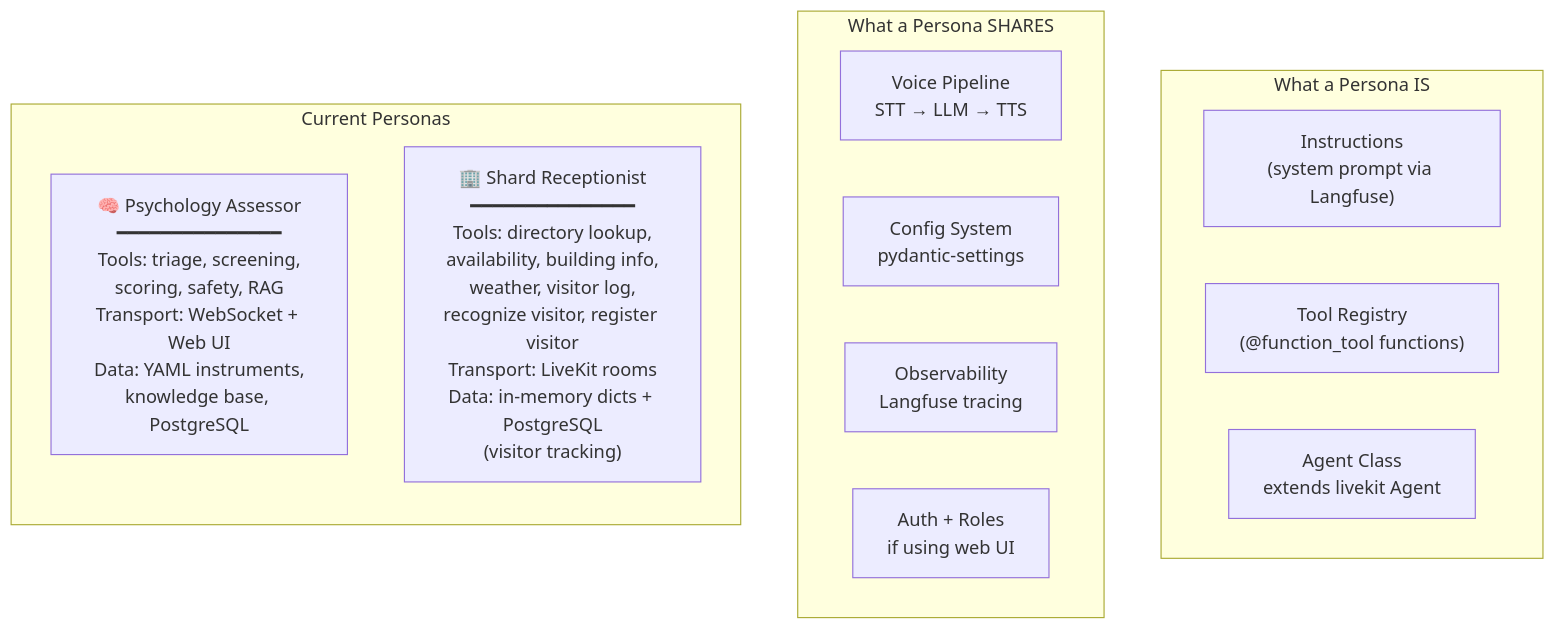
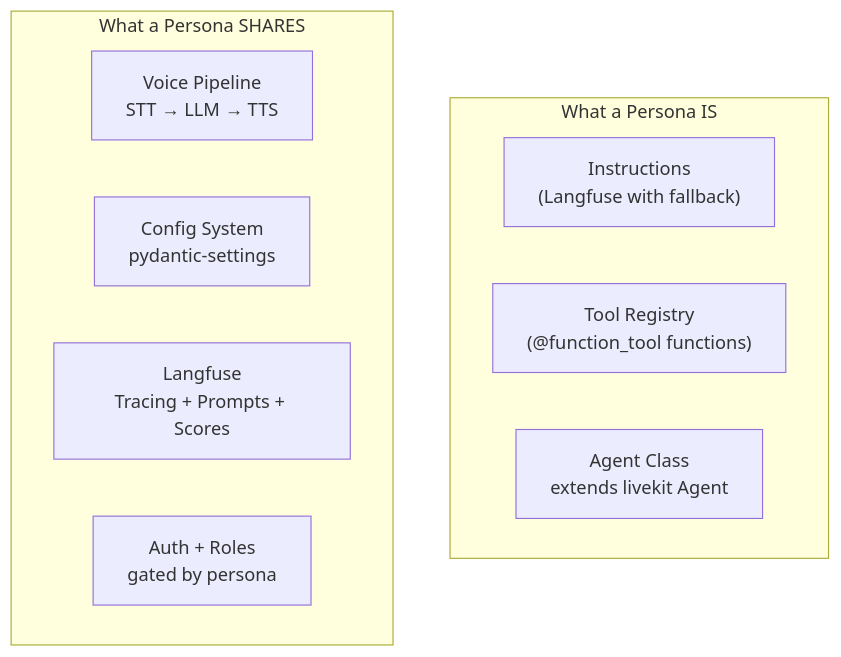
One commit to bodharma/talker changed the second of 8 diagrams in docs/architecture.md. Above: the diagram before and after it, drawn with Mermaid. The commit also changed other lines of this file and 3 other files, not shown here.

First line of the commit message:
docs: rewrite architecture and LiveKit docs for code review

````diff
--- a/docs/architecture.md
+++ b/docs/architecture.md
@@ -101,24 +178,17 @@
 ```mermaid
 graph TB
     subgraph "What a Persona IS"
         direction LR
-        INST["Instructions<br/>(system prompt via Langfuse)"]
+        INST["Instructions<br/>(Langfuse with fallback)"]
         TOOLS_P["Tool Registry<br/>(@function_tool functions)"]
         CLASS["Agent Class<br/>extends livekit Agent"]
     end
 
     subgraph "What a Persona SHARES"
         direction LR
         ENGINE["Voice Pipeline<br/>STT → LLM → TTS"]
         CONFIG_S["Config System<br/>pydantic-settings"]
-        TRACE_S["Observability<br/>Langfuse tracing"]
-        AUTH_S["Auth + Roles<br/>if using web UI"]
-    end
-
-    subgraph "Current Personas"
-        direction TB
-        PA["🧠 Psychology Assessor<br/>━━━━━━━━━━━━━━━<br/>Tools: triage, screening,<br/>scoring, safety, RAG<br/>Transport: WebSocket + Web UI<br/>Data: YAML instruments,<br/>knowledge base, PostgreSQL"]
-
-        PR["🏢 Shard Receptionist<br/>━━━━━━━━━━━━━━━<br/>Tools: directory lookup,<br/>availability, building info,<br/>weather, visitor log,<br/>recognize visitor, register visitor<br/>Transport: LiveKit rooms<br/>Data: in-memory dicts + PostgreSQL<br/>(visitor tracking)"]
+        TRACE_S["Langfuse<br/>Tracing + Prompts + Scores"]
+        AUTH_S["Auth + Roles<br/>gated by persona"]
     end
 ```
````
